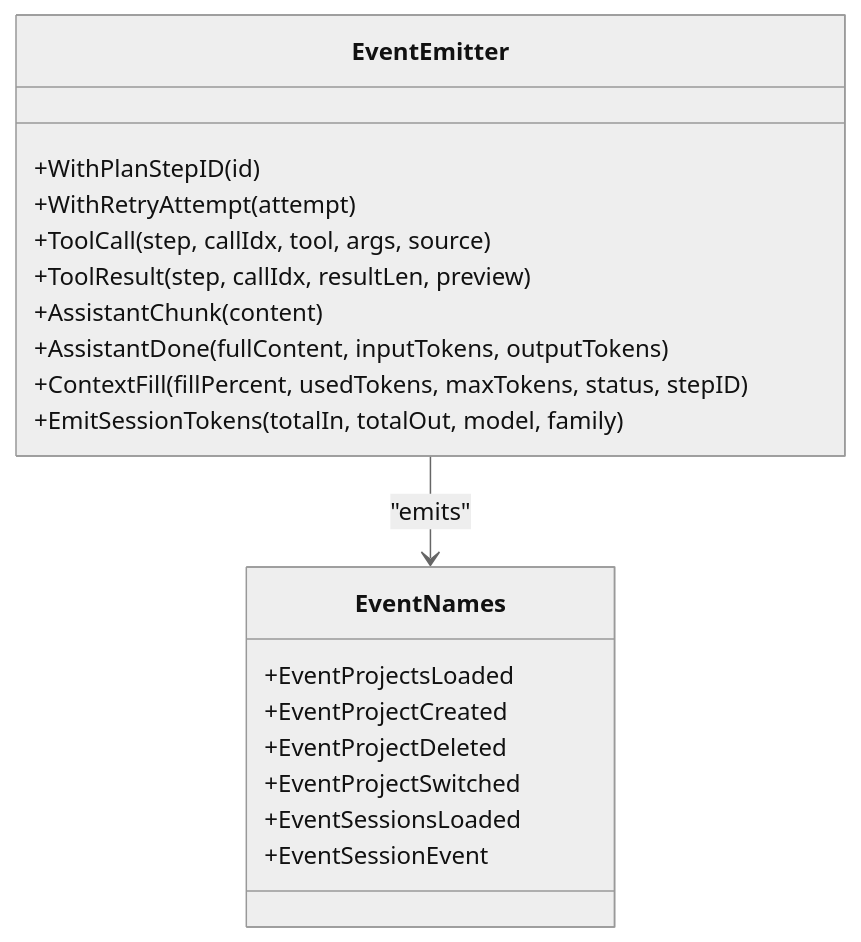
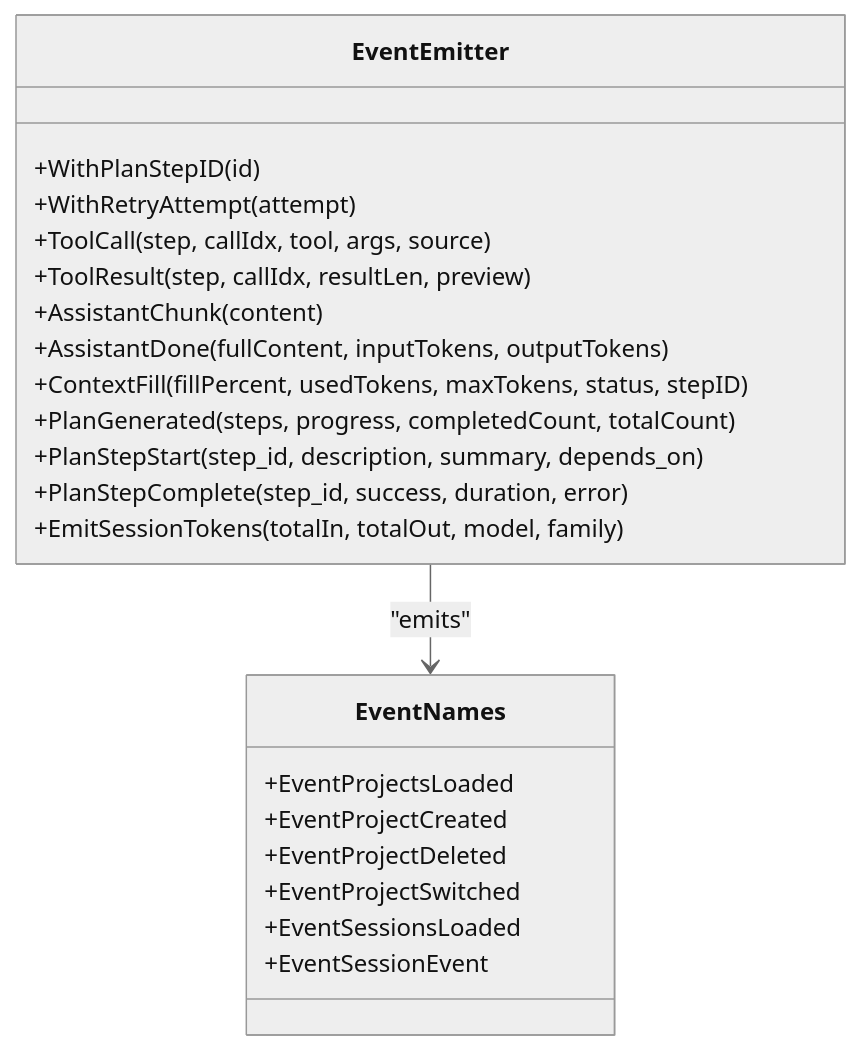
The fifth of 6 diagrams in .qoder/repowiki/en/content/Frontend Application/State Management.md (v0lka/c0wrk), drawn with Mermaid (neutral theme) before and after one commit. The commit also changed other lines of this file and 13 other files, not shown here.

````diff
--- a/.qoder/repowiki/en/content/Frontend Application/State Management.md
+++ b/.qoder/repowiki/en/content/Frontend Application/State Management.md
@@ -268,22 +406,25 @@
 ```mermaid
 classDiagram
 class EventEmitter {
 +WithPlanStepID(id)
 +WithRetryAttempt(attempt)
 +ToolCall(step, callIdx, tool, args, source)
 +ToolResult(step, callIdx, resultLen, preview)
 +AssistantChunk(content)
 +AssistantDone(fullContent, inputTokens, outputTokens)
 +ContextFill(fillPercent, usedTokens, maxTokens, status, stepID)
++PlanGenerated(steps, progress, completedCount, totalCount)
++PlanStepStart(step_id, description, summary, depends_on)
++PlanStepComplete(step_id, success, duration, error)
 +EmitSessionTokens(totalIn, totalOut, model, family)
 }
 class EventNames {
 +EventProjectsLoaded
 +EventProjectCreated
 +EventProjectDeleted
 +EventProjectSwitched
 +EventSessionsLoaded
 +EventSessionEvent
 }
 EventEmitter --> EventNames : "emits"
 ```
````
